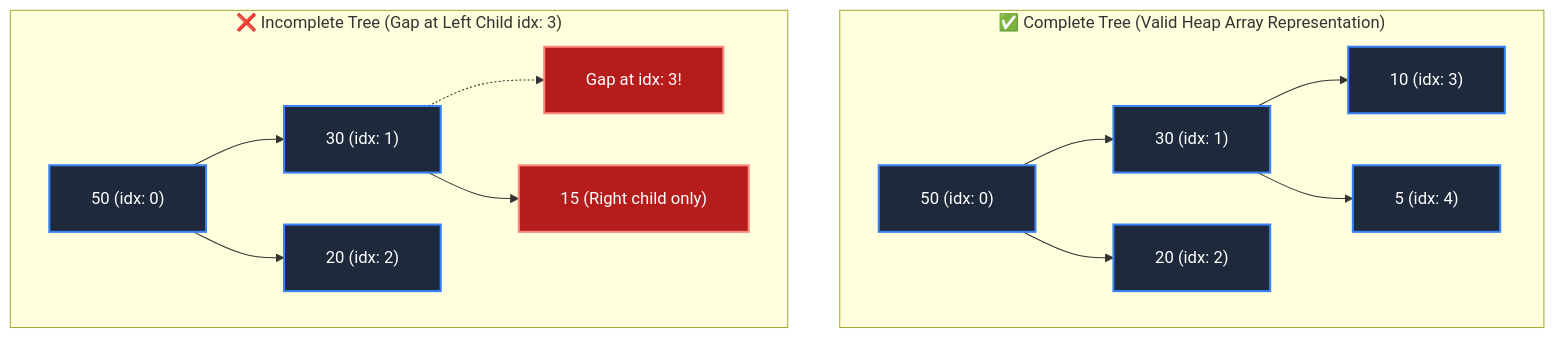
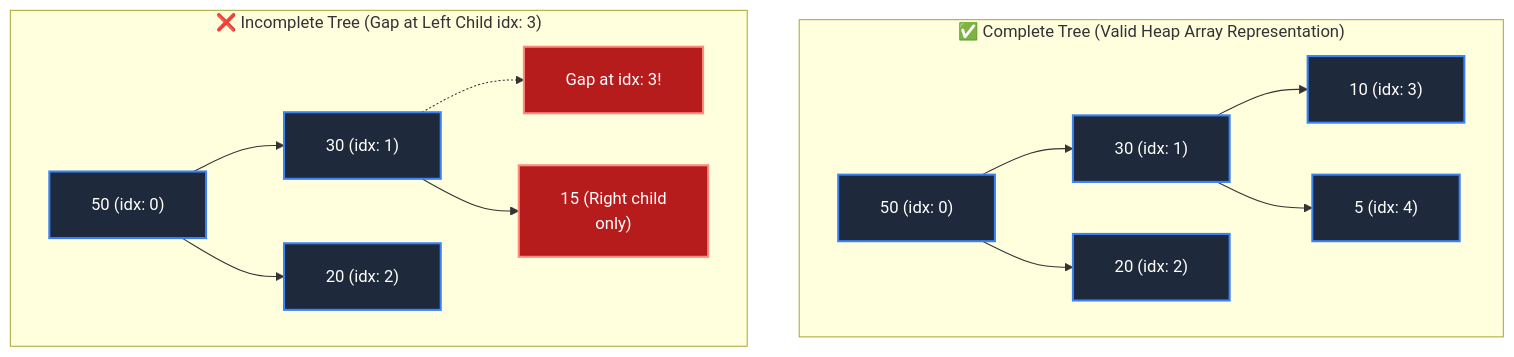
One commit to dip4k/DSA_102 changed the second of 2 diagrams in week_03_foundations_iii_sorting_and_hashing/Week_03_Day_03_Heaps_Heapify_Heap_Sort_Instructional.md. Above: the diagram before and after it, drawn with Mermaid. The commit also changed other lines of this file and 106 other files, not shown here.

First line of the commit message:
fix(mermaid): prevent text clipping with foreignObject overflow and tighter line wrapping

````diff
--- a/week_03_foundations_iii_sorting_and_hashing/Week_03_Day_03_Heaps_Heapify_Heap_Sort_Instructional.md
+++ b/week_03_foundations_iii_sorting_and_hashing/Week_03_Day_03_Heaps_Heapify_Heap_Sort_Instructional.md
@@ -178,20 +178,20 @@
 ```mermaid
-%%{init: {"flowchart": {"htmlLabels": true, "padding": 20}}}%%
+%%{init: {"flowchart": {"htmlLabels": true, "padding": 20}, "themeCSS": "foreignObject { overflow: visible !important; }"}}%%
 flowchart TD
     subgraph CompleteHeap["✅ Complete Tree (Valid Heap Array Representation)"]
         C50["50 (idx: 0)"] --> C30["30 (idx: 1)"]
         C50 --> C20["20 (idx: 2)"]
         C30 --> C10["10 (idx: 3)"]
         C30 --> C5["5 (idx: 4)"]
     end
 
     subgraph IncompleteHeap["❌ Incomplete Tree (Gap at Left Child idx: 3)"]
         I50["50 (idx: 0)"] --> I30["30 (idx: 1)"]
         I50 --> I20["20 (idx: 2)"]
         I30 -.-> IG["Gap at idx: 3!"]:::errorNode
-        I30 --> I15["15 (Right child only)"]:::errorNode
+        I30 --> I15["15 (Right child<br/>only)"]:::errorNode
     end
 
     classDef default fill:#1e293b,stroke:#3b82f6,stroke-width:2px,color:#ffffff
     classDef errorNode fill:#b71c1c,stroke:#ff8a80,stroke-width:2px,color:#ffffff
 ```
````
